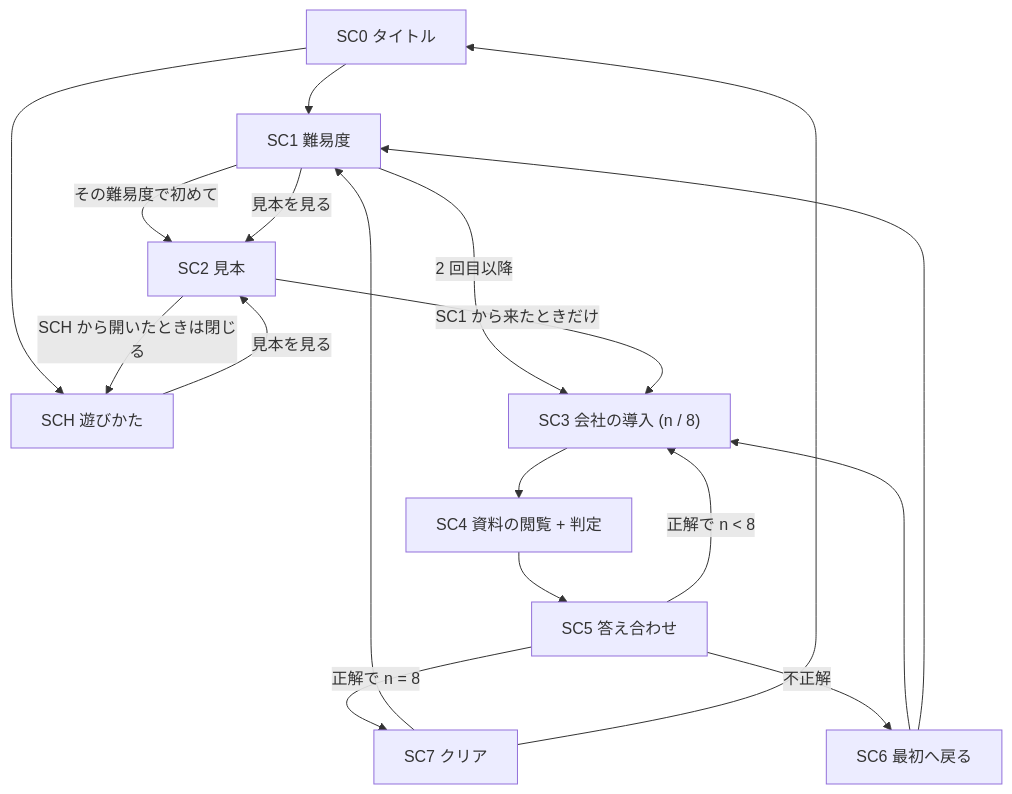
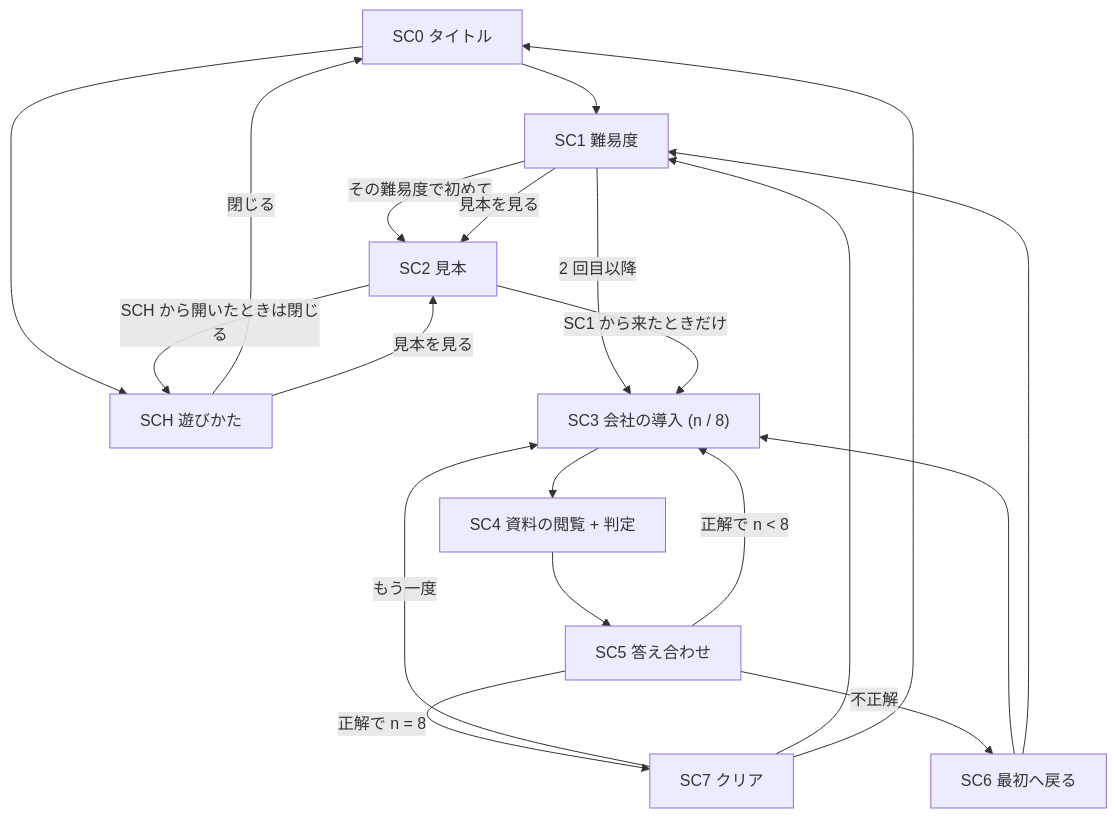
One commit to calliope-pro/kessan-8 changed the diagram in docs/plans/experience.md. Above: the diagram before and after it, drawn with Mermaid. The commit also changed other lines of this file and 1 other file, not shown here.

````diff
--- a/docs/plans/experience.md
+++ b/docs/plans/experience.md
@@ -302,20 +304,22 @@
 ```mermaid
 flowchart TD
   SC0["SC0 タイトル"] --> SC1["SC1 難易度"]
   SC0 --> SCH["SCH 遊びかた"]
+  SCH -->|"閉じる"| SC0
   SC1 -->|"その難易度で初めて"| SC2["SC2 見本"]
   SC1 -->|"2 回目以降"| SC3
   SC1 -->|"見本を見る"| SC2
   SCH -->|"見本を見る"| SC2
   SC2 -->|"SC1 から来たときだけ"| SC3["SC3 会社の導入 (n / 8)"]
   SC2 -->|"SCH から開いたときは閉じる"| SCH
   SC3 --> SC4["SC4 資料の閲覧 + 判定"]
   SC4 --> SC5["SC5 答え合わせ"]
   SC5 -->|"正解で n < 8"| SC3
   SC5 -->|"正解で n = 8"| SC7["SC7 クリア"]
   SC5 -->|"不正解"| SC6["SC6 最初へ戻る"]
   SC6 --> SC3
   SC6 --> SC1
+  SC7 -->|"もう一度"| SC3
   SC7 --> SC1
   SC7 --> SC0
 ```
````
